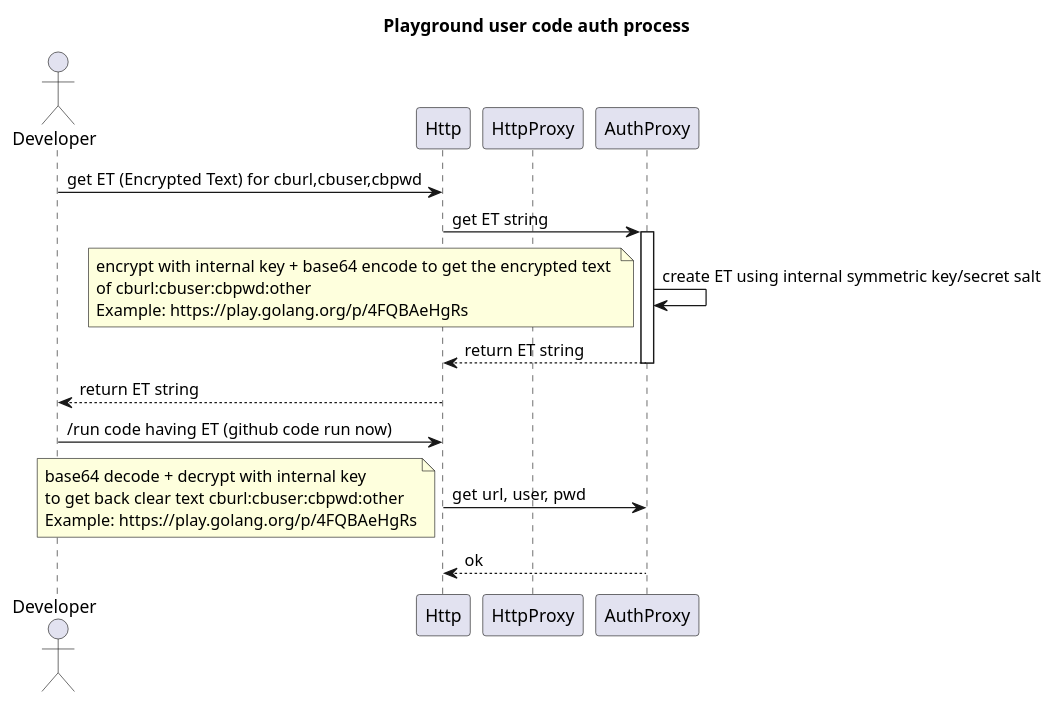
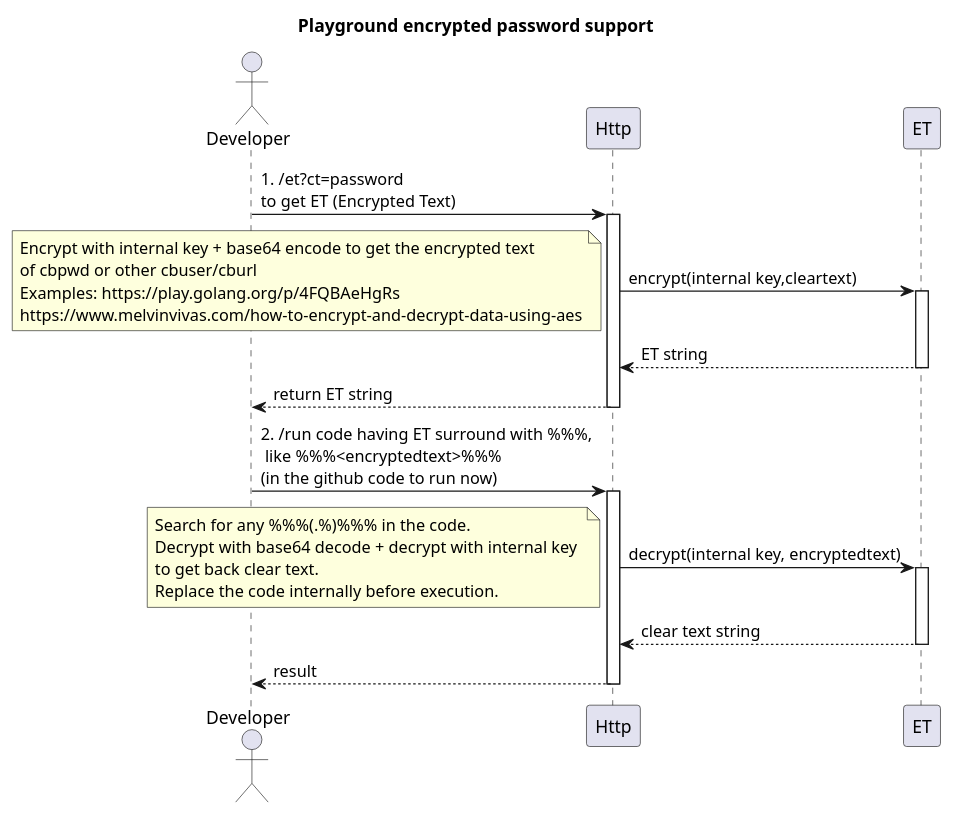
Before and after one commit to msecrist-couchbase/smallcb-training-capella: the diagram in design/playground_cbauth.plantuml, drawn with PlantUML.

Commit message:
Updated in sync with encryption process implementation

```diff
--- a/design/playground_cbauth.plantuml
+++ b/design/playground_cbauth.plantuml
@@ -1,31 +1,32 @@
 @startuml Playground_cbauth
-title <font style="underscore">Playground user code auth process
+title <font style="underscore">Playground encrypted password support
 skinparam Style strict
 actor Developer
 participant Http
-participant HttpProxy
-participant AuthProxy
+participant ET
 
-Developer -> Http : get ET (Encrypted Text) for cburl,cbuser,cbpwd
-Http -> AuthProxy ++ : get ET string
-AuthProxy -> AuthProxy : create ET using internal symmetric key/secret salt
+Developer -> Http ++ : 1. /et?ct=password \nto get ET (Encrypted Text)
+Http -> ET ++ : encrypt(internal key,cleartext)
 note left
- encrypt with internal key + base64 encode to get the encrypted text 
- of cburl:cbuser:cbpwd:other
- Example: https://play.golang.org/p/4FQBAeHgRs
+ Encrypt with internal key + base64 encode to get the encrypted text 
+ of cbpwd or other cbuser/cburl
+ Examples: https://play.golang.org/p/4FQBAeHgRs
+ https://www.melvinvivas.com/how-to-encrypt-and-decrypt-data-using-aes
 end note
-Http <-- AuthProxy : return ET string
-AuthProxy --
-Developer <-- Http : return ET string
+return ET string
+Developer <-- Http  --: return ET string
 
-Developer -> Http : /run code having ET (github code run now)
-Http -> AuthProxy : get url, user, pwd
+
+Developer -> Http ++ : 2. /run code having ET surround with %%%,\n like %%%<encryptedtext>%%% \n(in the github code to run now)
+Http -> ET ++: decrypt(internal key, encryptedtext)
 note left
-    base64 decode + decrypt with internal key 
-    to get back clear text cburl:cbuser:cbpwd:other
-    Example: https://play.golang.org/p/4FQBAeHgRs
+    Search for any %%%(.%)%%% in the code.
+    Decrypt with base64 decode + decrypt with internal key 
+    to get back clear text. 
+    Replace the code internally before execution.
 end note
-return ok
+return clear text string
+return result
 
 
 @enduml
```
